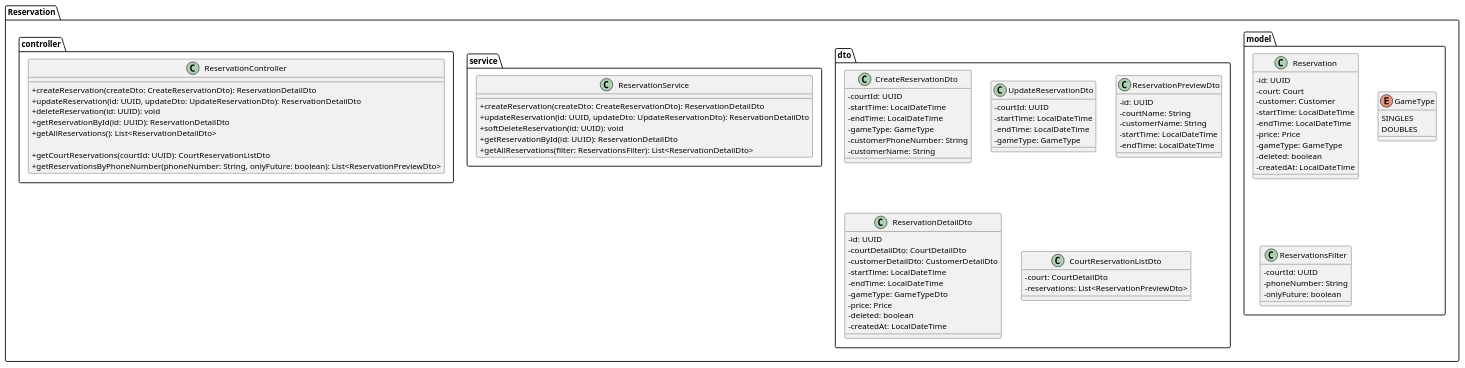
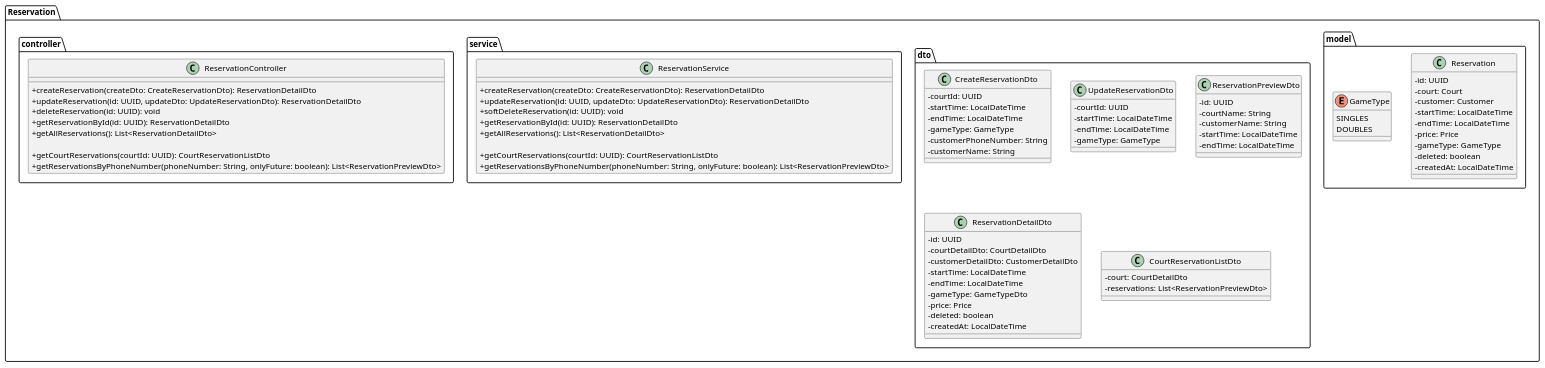
Before and after one commit to tondracek/inqool-tennis: the diagram in docs/diagram/class-reservation.puml, drawn with PlantUML. The commit also changed 36 other files, not shown here.

```diff
--- a/docs/diagram/class-reservation.puml
+++ b/docs/diagram/class-reservation.puml
@@ -1,99 +1,96 @@
 @startuml
 
 skinparam classAttributeIconSize 0
 
 package "Reservation" {
 
 	package "model" {
 	  class Reservation {
 	    - id: UUID
 	    - court: Court
 	    - customer: Customer
 	    - startTime: LocalDateTime
 	    - endTime: LocalDateTime
 	    - price: Price
 	    - gameType: GameType
 	    - deleted: boolean
 	    - createdAt: LocalDateTime
 	  }
 
     enum GameType {
       SINGLES
       DOUBLES
-    }
-
-    class ReservationsFilter {
-    	- courtId: UUID
-    	- phoneNumber: String
-    	- onlyFuture: boolean
     }
   }
 
   package "dto" {
 		class CreateReservationDto {
 			- courtId: UUID
 			- startTime: LocalDateTime
 			- endTime: LocalDateTime
 			- gameType: GameType
 			- customerPhoneNumber: String
 			- customerName: String
 		}
 
 		class UpdateReservationDto {
 			- courtId: UUID
 			- startTime: LocalDateTime
 			- endTime: LocalDateTime
 			- gameType: GameType
 		}
 
 		class ReservationPreviewDto {
 			- id: UUID
 			- courtName: String
 			- customerName: String
 			- startTime: LocalDateTime
 			- endTime: LocalDateTime
 		}
 
 		class ReservationDetailDto {
 			- id: UUID
 			- courtDetailDto: CourtDetailDto
 			- customerDetailDto: CustomerDetailDto
 			- startTime: LocalDateTime
 			- endTime: LocalDateTime
 			- gameType: GameTypeDto
 			- price: Price
 			- deleted: boolean
 			- createdAt: LocalDateTime
 		}
 
 		class CourtReservationListDto {
 			- court: CourtDetailDto
 			- reservations: List<ReservationPreviewDto>
 		}
   }
 
   package "service" {
     class ReservationService {
 	    + createReservation(createDto: CreateReservationDto): ReservationDetailDto
 	    + updateReservation(id: UUID, updateDto: UpdateReservationDto): ReservationDetailDto
 	    + softDeleteReservation(id: UUID): void
 	    + getReservationById(id: UUID): ReservationDetailDto
-	    + getAllReservations(filter: ReservationsFilter): List<ReservationDetailDto>
+	    + getAllReservations(): List<ReservationDetailDto>
+
+	    + getCourtReservations(courtId: UUID): CourtReservationListDto
+	    + getReservationsByPhoneNumber(phoneNumber: String, onlyFuture: boolean): List<ReservationPreviewDto>
 	  }
   }
 
   package "controller" {
     class ReservationController {
 	    + createReservation(createDto: CreateReservationDto): ReservationDetailDto
 	    + updateReservation(id: UUID, updateDto: UpdateReservationDto): ReservationDetailDto
 	    + deleteReservation(id: UUID): void
 	    + getReservationById(id: UUID): ReservationDetailDto
 	    + getAllReservations(): List<ReservationDetailDto>
 
 	    + getCourtReservations(courtId: UUID): CourtReservationListDto
 	    + getReservationsByPhoneNumber(phoneNumber: String, onlyFuture: boolean): List<ReservationPreviewDto>
     }
   }
 }
 
 @enduml
```
